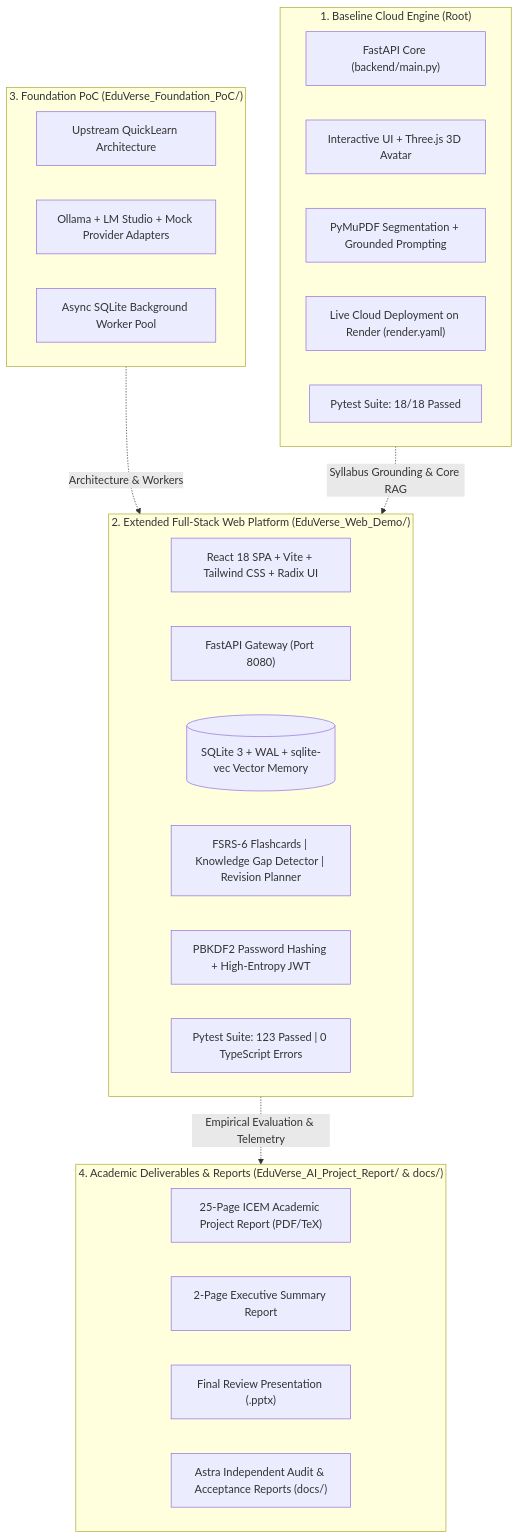
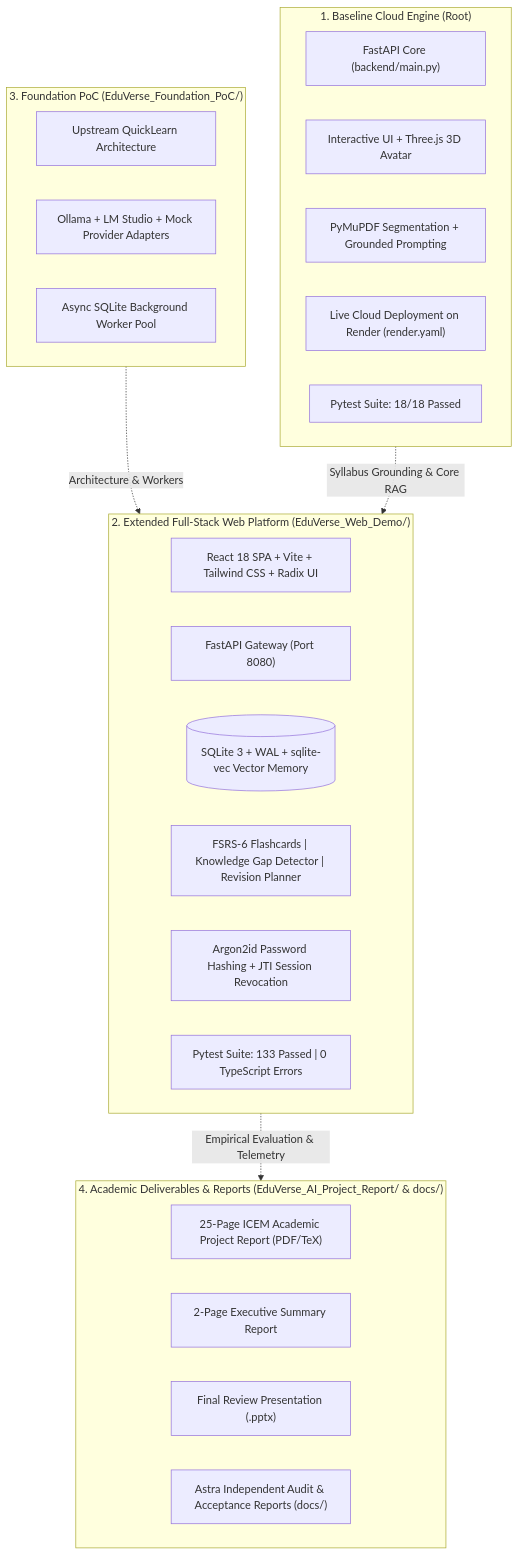
The diagram in README.md (Sufiyan367/EduVerse-AI), drawn with Mermaid before and after one commit. The commit also changed other lines of this file and 66 other files, not shown here.

Commit message:
feat(security): implement Argon2id hashing, server-side session revocation, abuse throttling and production readiness

````diff
--- a/README.md
+++ b/README.md
@@ -49,36 +49,36 @@
 ```mermaid
 graph TD
     subgraph RootEngine ["1. Baseline Cloud Engine (Root)"]
         RootAPI["FastAPI Core (backend/main.py)"]
         RootUI["Interactive UI + Three.js 3D Avatar"]
         RootRAG["PyMuPDF Segmentation + Grounded Prompting"]
         RootDeploy["Live Cloud Deployment on Render (render.yaml)"]
         RootTests["Pytest Suite: 18/18 Passed"]
     end
 
     subgraph WebDemoApp ["2. Extended Full-Stack Web Platform (EduVerse_Web_Demo/)"]
         DemoSPA["React 18 SPA + Vite + Tailwind CSS + Radix UI"]
         DemoGateway["FastAPI Gateway (Port 8080)"]
         DemoDB[("SQLite 3 + WAL + sqlite-vec Vector Memory")]
         DemoCognitive["FSRS-6 Flashcards | Knowledge Gap Detector | Revision Planner"]
-        DemoAuth["PBKDF2 Password Hashing + High-Entropy JWT"]
-        DemoTests["Pytest Suite: 123 Passed | 0 TypeScript Errors"]
+        DemoAuth["Argon2id Password Hashing + JTI Session Revocation"]
+        DemoTests["Pytest Suite: 133 Passed | 0 TypeScript Errors"]
     end
 
     subgraph PoCArch ["3. Foundation PoC (EduVerse_Foundation_PoC/)"]
         PoCBase["Upstream QuickLearn Architecture"]
         PoCProviders["Ollama + LM Studio + Mock Provider Adapters"]
         PoCQueue["Async SQLite Background Worker Pool"]
     end
 
     subgraph AcademicDocs ["4. Academic Deliverables & Reports (EduVerse_AI_Project_Report/ & docs/)"]
         LatexReport["25-Page ICEM Academic Project Report (PDF/TeX)"]
         ExecReport["2-Page Executive Summary Report"]
         SlideDecks["Final Review Presentation (.pptx)"]
         AuditReports["Astra Independent Audit & Acceptance Reports (docs/)"]
     end
 
     PoCArch -.->|"Architecture & Workers"| WebDemoApp
     RootEngine -.->|"Syllabus Grounding & Core RAG"| WebDemoApp
     WebDemoApp -.->|"Empirical Evaluation & Telemetry"| AcademicDocs
 ```
````
